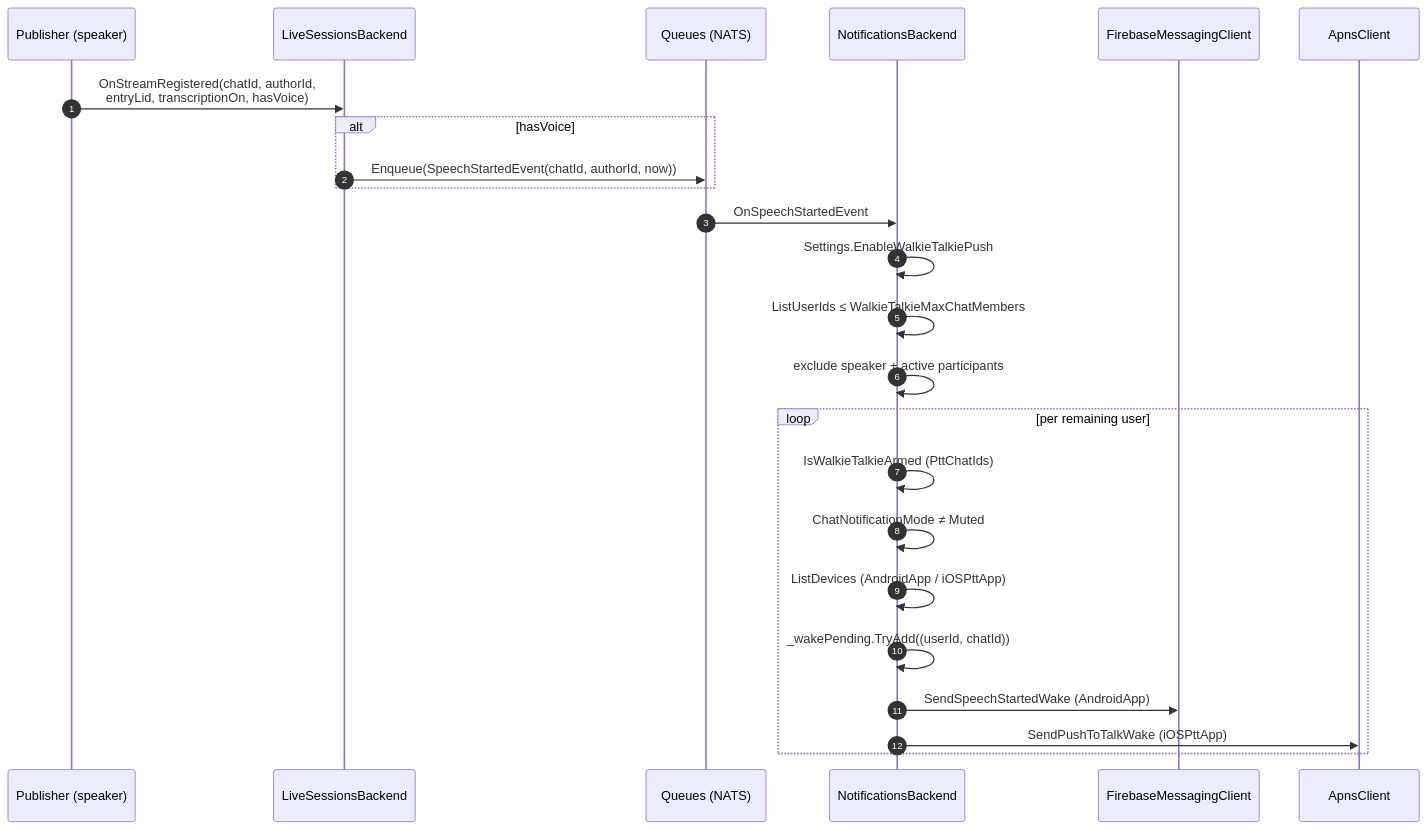
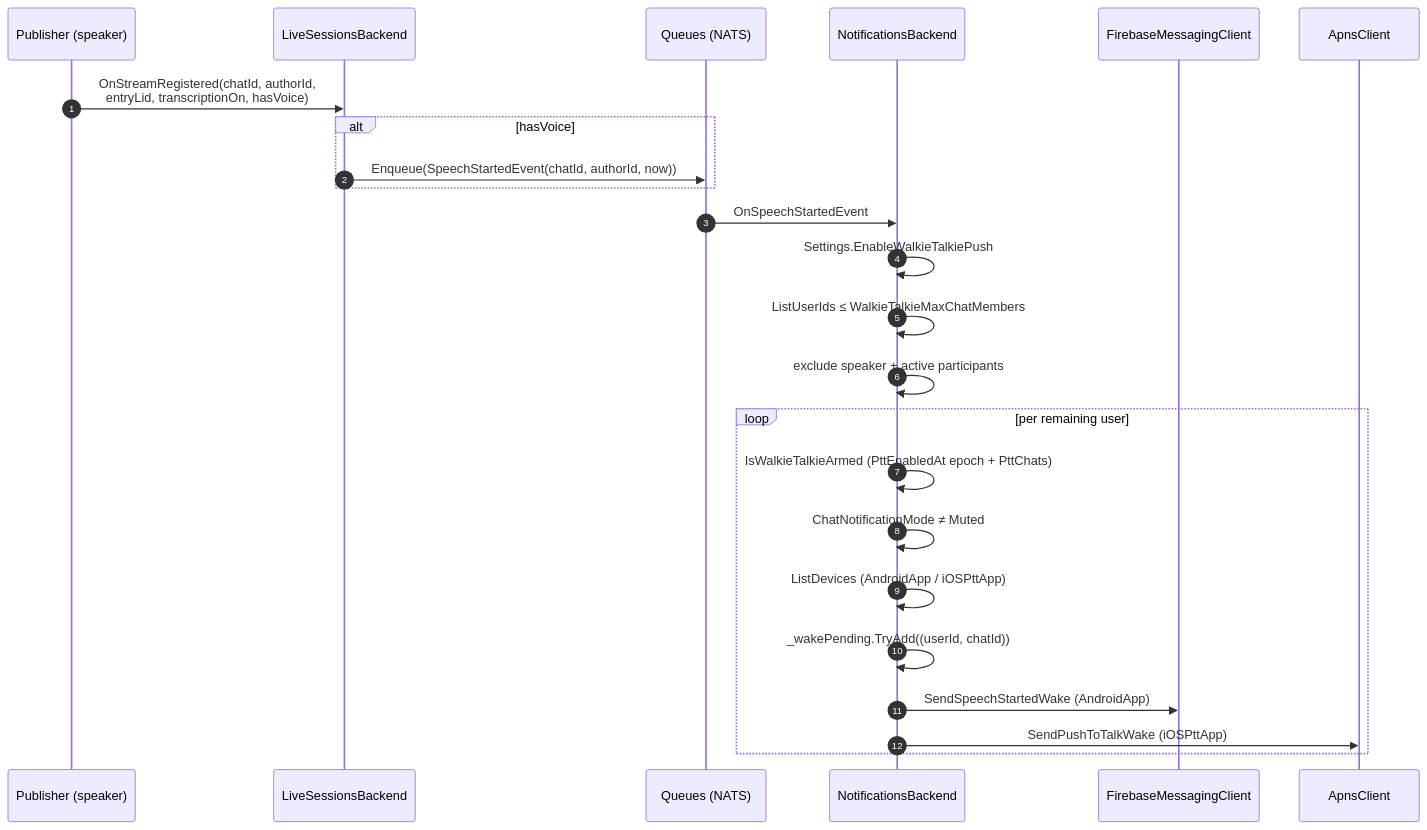
One commit to Actual-Chat/actual-chat changed the second of 3 diagrams in docs/live-audio/10-walkie-talkie.md. Above: the diagram before and after it, drawn with Mermaid. The commit also changed other lines of this file and 31 other files, not shown here.

First line of the commit message:
feat(walkie): owner-controlled chat PTT with per-author consent epochs

````diff
--- a/docs/live-audio/10-walkie-talkie.md
+++ b/docs/live-audio/10-walkie-talkie.md
@@ -55,27 +69,27 @@
 ```mermaid
 sequenceDiagram
     autonumber
     participant Pub as Publisher (speaker)
     participant LSB as LiveSessionsBackend
     participant Q as Queues (NATS)
     participant NB as NotificationsBackend
     participant FCM as FirebaseMessagingClient
     participant APNs as ApnsClient
 
     Pub->>LSB: OnStreamRegistered(chatId, authorId,<br/>entryLid, transcriptionOn, hasVoice)
     alt hasVoice
         LSB->>Q: Enqueue(SpeechStartedEvent(chatId, authorId, now))
     end
     Q->>NB: OnSpeechStartedEvent
     NB->>NB: Settings.EnableWalkieTalkiePush
     NB->>NB: ListUserIds ≤ WalkieTalkieMaxChatMembers
     NB->>NB: exclude speaker + active participants
     loop per remaining user
-        NB->>NB: IsWalkieTalkieArmed (PttChatIds)
+        NB->>NB: IsWalkieTalkieArmed (PttEnabledAt epoch + PttChats)
         NB->>NB: ChatNotificationMode ≠ Muted
         NB->>NB: ListDevices (AndroidApp / iOSPttApp)
         NB->>NB: _wakePending.TryAdd((userId, chatId))
         NB->>FCM: SendSpeechStartedWake (AndroidApp)
         NB->>APNs: SendPushToTalkWake (iOSPttApp)
     end
 ```
````
